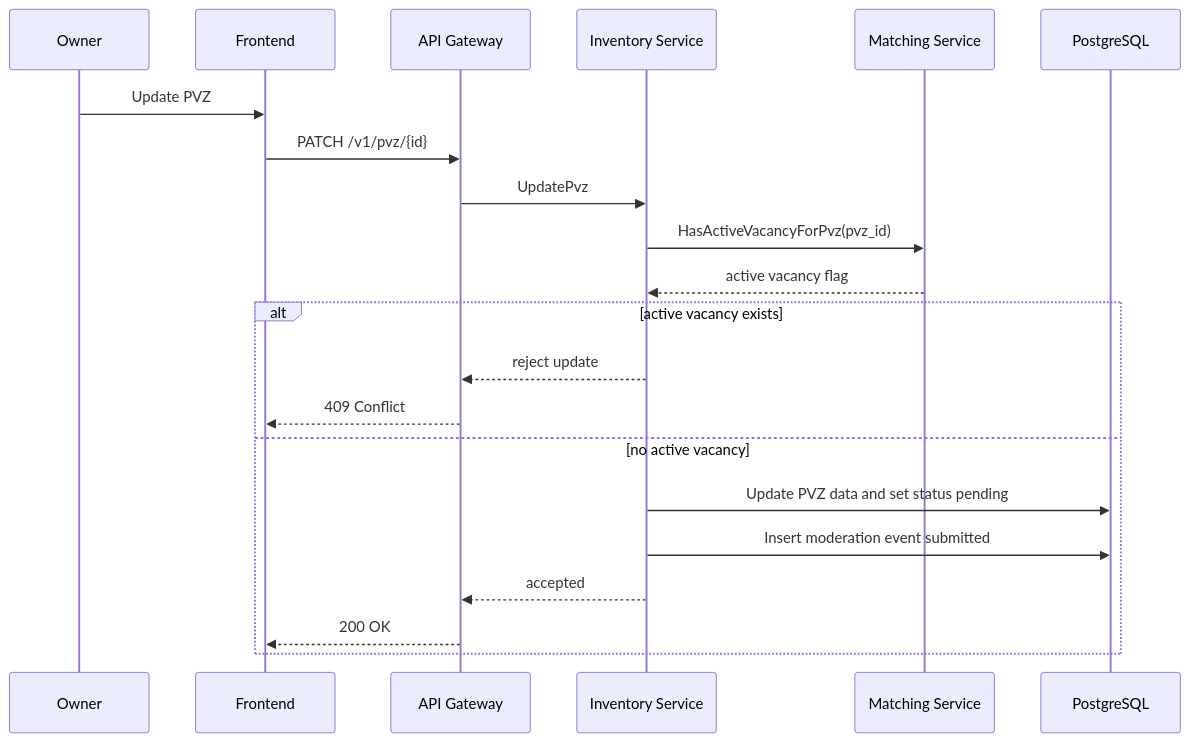
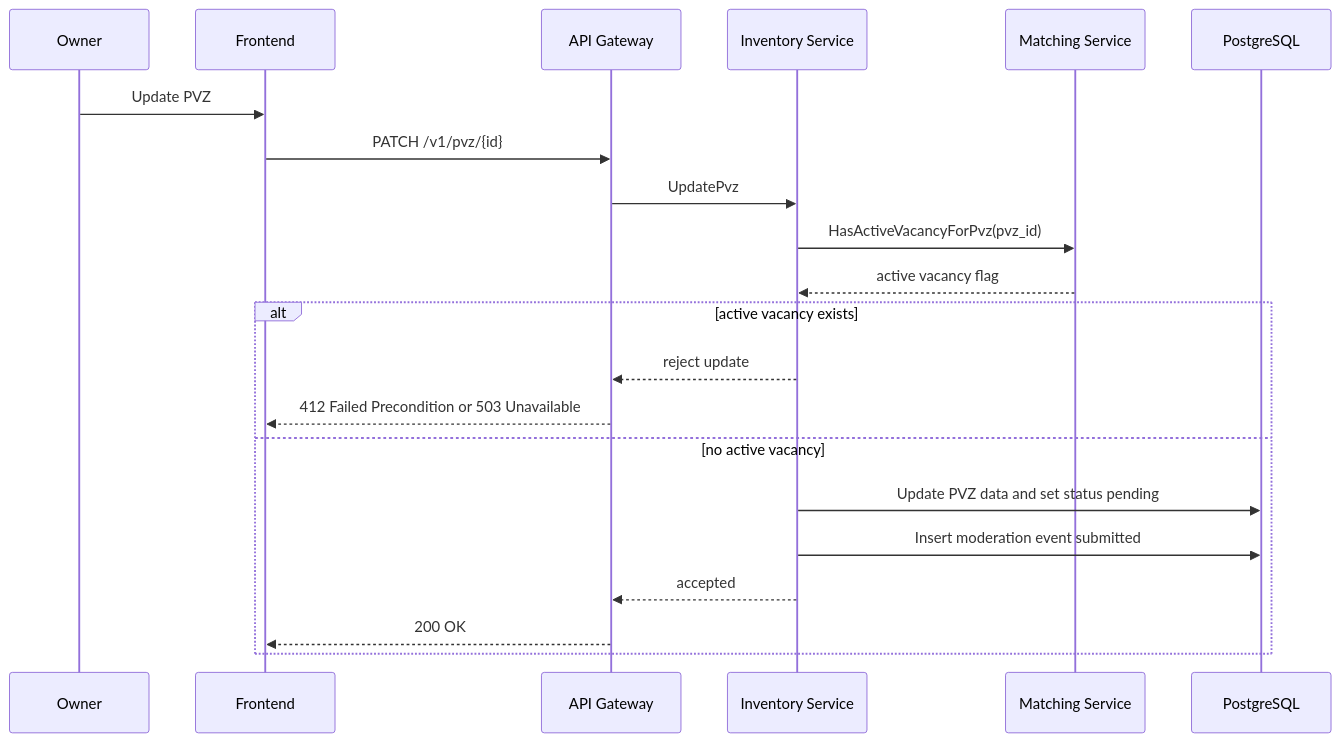
Before and after one commit to tmcrypted/berusmenu: the seventh of 16 diagrams in docs/sequence-diagrams.md, drawn with Mermaid. The commit also changed other lines of this file and 19 other files, not shown here.

````diff
--- a/docs/sequence-diagrams.md
+++ b/docs/sequence-diagrams.md
@@ -149,24 +149,24 @@
 ```mermaid
 sequenceDiagram
     participant Owner
     participant FE as Frontend
     participant GW as API Gateway
     participant INV as Inventory Service
     participant MATCH as Matching Service
     participant PG as PostgreSQL
 
     Owner->>FE: Update PVZ
     FE->>GW: PATCH /v1/pvz/{id}
     GW->>INV: UpdatePvz
     INV->>MATCH: HasActiveVacancyForPvz(pvz_id)
     MATCH-->>INV: active vacancy flag
     alt active vacancy exists
         INV-->>GW: reject update
-        GW-->>FE: 409 Conflict
+        GW-->>FE: 412 Failed Precondition or 503 Unavailable
     else no active vacancy
         INV->>PG: Update PVZ data and set status pending
         INV->>PG: Insert moderation event submitted
         INV-->>GW: accepted
         GW-->>FE: 200 OK
     end
 ```
````
